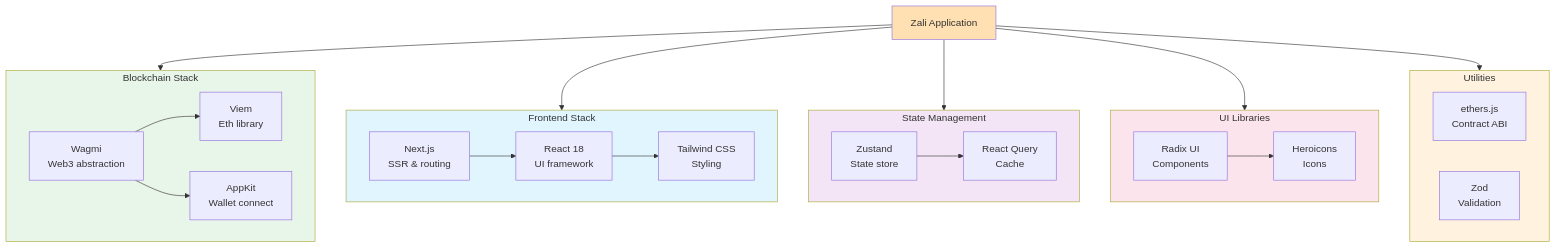
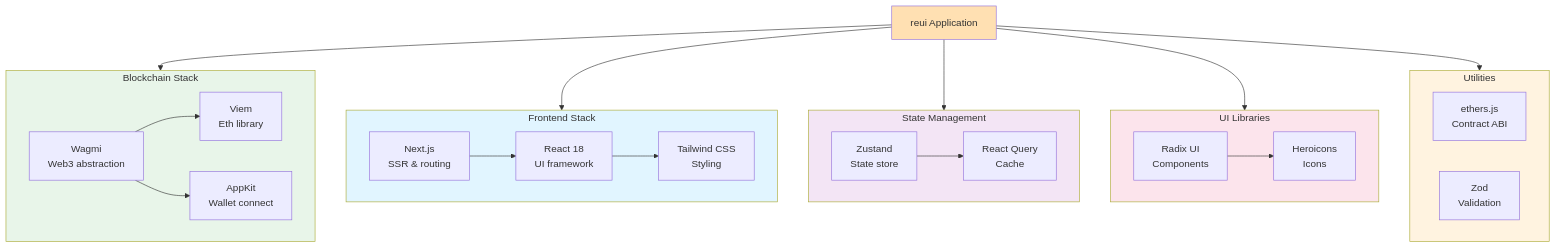
Before and after one commit to diiabblo/reui: diagram 11 of 13 in ARCHITECTURE_DIAGRAMS.md, drawn with Mermaid. The commit also changed other lines of this file and 78 other files, not shown here.

First line of the commit message:
refactor: rename app from Zali to reui

````diff
--- a/ARCHITECTURE_DIAGRAMS.md
+++ b/ARCHITECTURE_DIAGRAMS.md
@@ -597,54 +598,54 @@
 ```mermaid
 graph TB
-    App["Zali Application"]
-    
+    App["reui Application"]
+
     subgraph BlockchainStack["Blockchain Stack"]
         Wagmi["Wagmi<br/>Web3 abstraction"]
         Viem["Viem<br/>Eth library"]
         AppKit["AppKit<br/>Wallet connect"]
     end
-    
+
     subgraph FrontendStack["Frontend Stack"]
         React["React 18<br/>UI framework"]
         NextJS["Next.js<br/>SSR & routing"]
         TailwindCSS["Tailwind CSS<br/>Styling"]
     end
-    
+
     subgraph StateManagement["State Management"]
         Zustand["Zustand<br/>State store"]
         ReactQuery["React Query<br/>Cache"]
     end
-    
+
     subgraph UILibraries["UI Libraries"]
         RadixUI["Radix UI<br/>Components"]
         Heroicons["Heroicons<br/>Icons"]
     end
-    
+
     subgraph Utilities["Utilities"]
         Ethers["ethers.js<br/>Contract ABI"]
         Zod["Zod<br/>Validation"]
     end
-    
+
     App --> BlockchainStack
     App --> FrontendStack
     App --> StateManagement
     App --> UILibraries
     App --> Utilities
-    
+
     Wagmi --> Viem
     Wagmi --> AppKit
-    
+
     NextJS --> React
     React --> TailwindCSS
-    
+
     Zustand --> ReactQuery
-    
+
     RadixUI --> Heroicons
 
     style App fill:#ffe0b2
     style BlockchainStack fill:#e8f5e9
     style FrontendStack fill:#e1f5ff
     style StateManagement fill:#f3e5f5
     style UILibraries fill:#fce4ec
     style Utilities fill:#fff3e0
 ```
````
